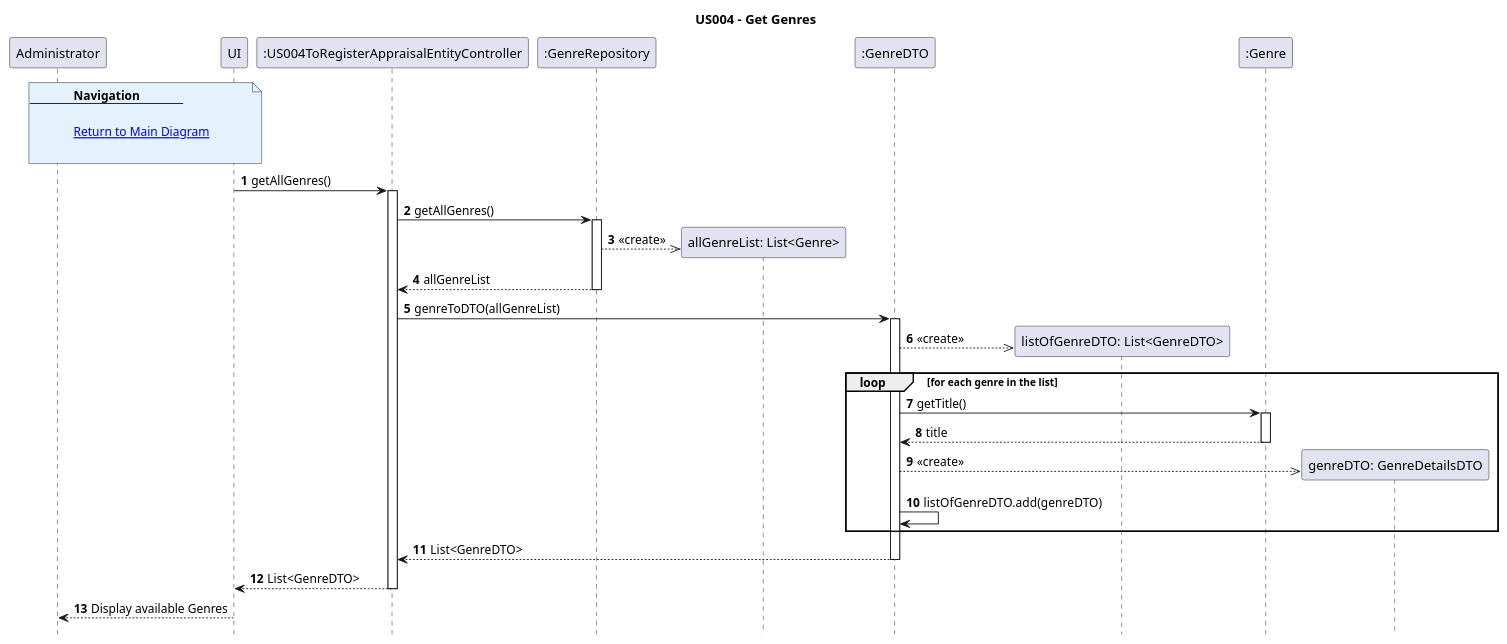
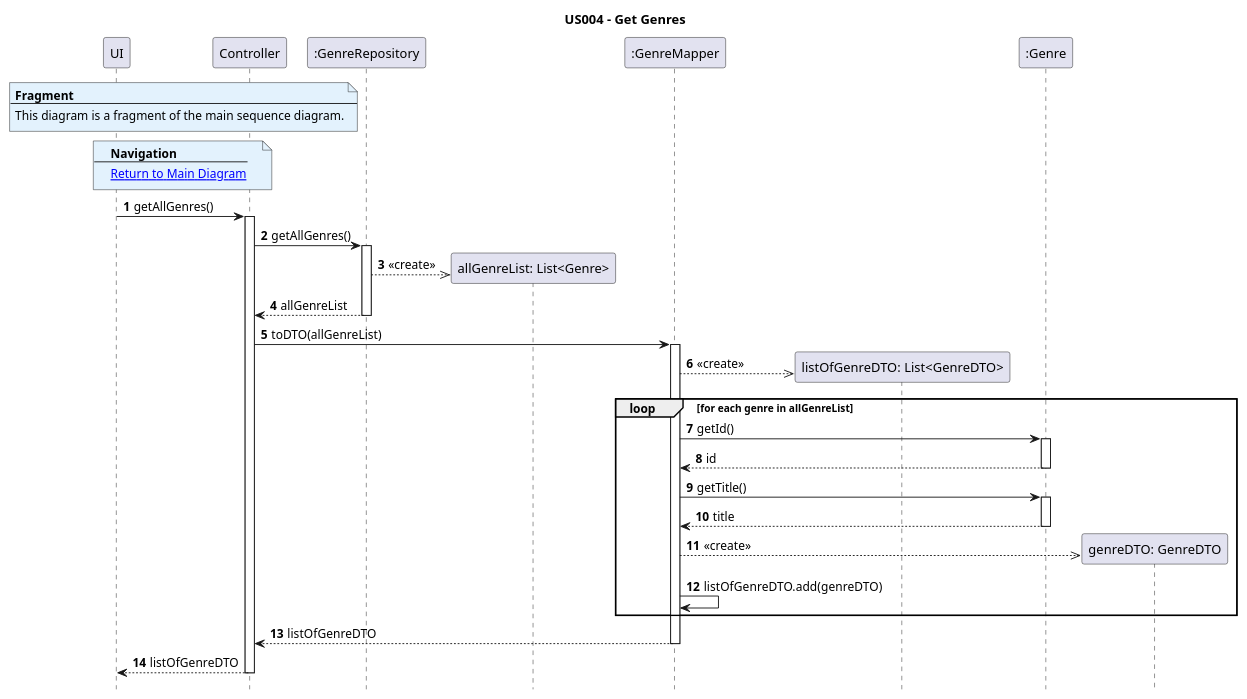
Before and after one commit to AndrePereiraGitH/SWitCH-Project-Team_A: the diagram in Diagrams/SequenceDiagrams/N2/US004-to-register-an-Appraisal-Entity/2.GetGenres.puml, drawn with PlantUML. The commit also changed 85 other files, not shown here.

```diff
--- a/Diagrams/SequenceDiagrams/N2/US004-to-register-an-Appraisal-Entity/2.GetGenres.puml
+++ b/Diagrams/SequenceDiagrams/N2/US004-to-register-an-Appraisal-Entity/2.GetGenres.puml
@@ -1,58 +1,62 @@
 @startuml
 hide footbox
 autonumber
 
 title US004 - Get Genres
 
-note over Administrator, UI#E3F2FD
+note over UI, Controller #E3F2FD
+<b>Fragment</b>
+---
+This diagram is a fragment of the main sequence diagram.
+end note
+
+note over UI, Controller #E3F2FD
 <b>Navigation</b>
 ---
-
 [[1.MainDiagram.puml Return to Main Diagram]]
-
 end note
 
-participant Administrator
 participant ":UI004" as UI
 participant ":US004ToRegisterAppraisalEntityController" as Controller
 participant ":GenreRepository" as GenreRepo
 participant "allGenreList: List<Genre>" as allGenreList
-participant ":GenreDTO" as GenreMapper
-participant "listOfGenreDTO: List<GenreDTO>" as GenreDTO
+participant ":GenreMapper" as GenreMapper
+participant "listOfGenreDTO: List<GenreDTO>" as listOfGenreDTO
 participant ":Genre" as Genre
-participant "genreDTO: GenreDetailsDTO" as GDTO
+participant "genreDTO: GenreDTO" as genreDTO
 
 UI -> Controller : getAllGenres()
 activate Controller
 
 Controller -> GenreRepo : getAllGenres()
 activate GenreRepo
-GenreRepo -->> allGenreList **: <<create>>
+GenreRepo -->> allGenreList ** : <<create>>
 GenreRepo --> Controller : allGenreList
 deactivate GenreRepo
 
-Controller -> GenreMapper : genreToDTO(allGenreList)
+Controller -> GenreMapper : toDTO(allGenreList)
 activate GenreMapper
+GenreMapper -->> listOfGenreDTO ** : <<create>>
 
-GenreMapper -->> GenreDTO **: <<create>>
-
-loop for each genre in the list
-    GenreMapper -> Genre: getTitle()
+loop for each genre in allGenreList
+    GenreMapper -> Genre : getId()
     activate Genre
-    Genre --> GenreMapper: title
+    Genre --> GenreMapper : id
     deactivate Genre
 
-    GenreMapper -->> GDTO **: <<create>>
+    GenreMapper -> Genre : getTitle()
+    activate Genre
+    Genre --> GenreMapper : title
+    deactivate Genre
 
-    GenreMapper -> GenreMapper: listOfGenreDTO.add(genreDTO)
+    GenreMapper -->> genreDTO ** : <<create>>
+    GenreMapper -> GenreMapper : listOfGenreDTO.add(genreDTO)
 end
 
-GenreMapper --> Controller : List<GenreDTO>
+GenreMapper --> Controller : listOfGenreDTO
 deactivate GenreMapper
 
-Controller --> UI : List<GenreDTO>
+Controller --> UI : listOfGenreDTO
 deactivate Controller
 
-UI --> Administrator : Display available Genres
-
 @enduml
```
